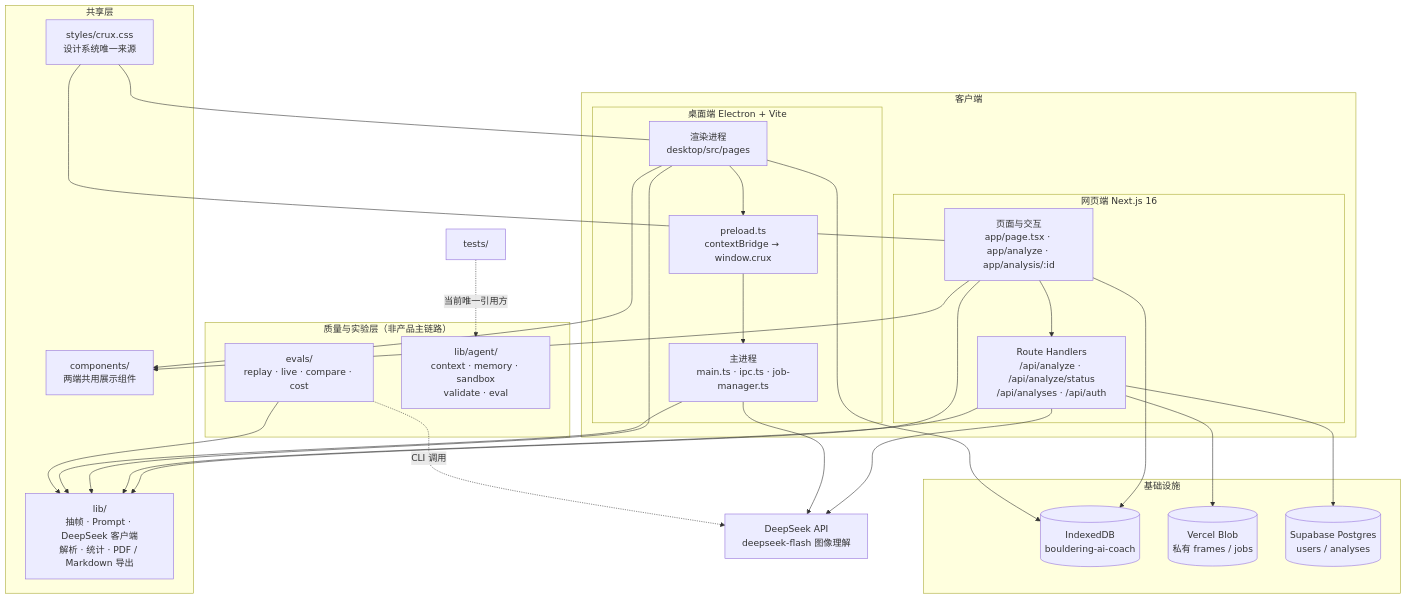
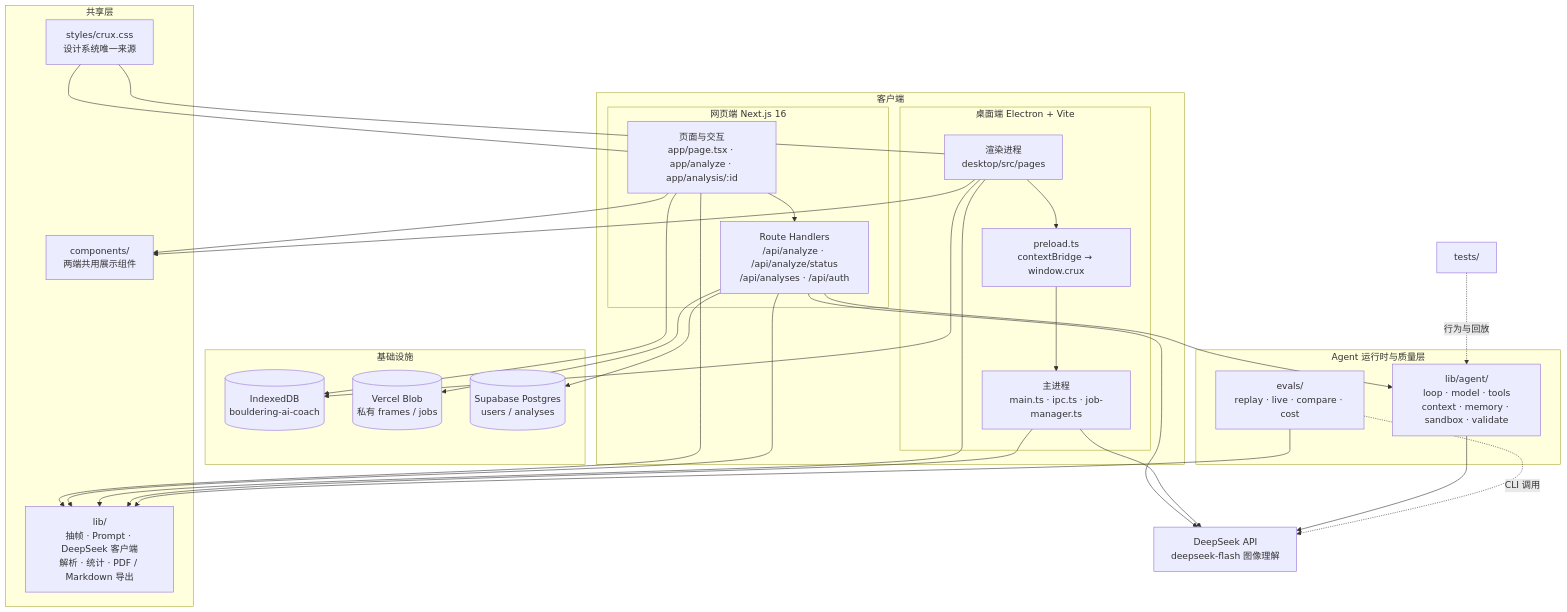
The first of 6 diagrams in PROJECT_ARCHITECTURE.md (limeisha060331-creator/bouldering-ai-coach), drawn with Mermaid before and after one commit. The commit also changed other lines of this file and 46 other files, not shown here.

````diff
--- a/PROJECT_ARCHITECTURE.md
+++ b/PROJECT_ARCHITECTURE.md
@@ -24,58 +24,60 @@
 ```mermaid
 flowchart TB
   subgraph Clients["客户端"]
     subgraph Web["网页端 Next.js 16"]
       WebUI["页面与交互<br/>app/page.tsx · app/analyze · app/analysis/:id"]
       WebAPI["Route Handlers<br/>/api/analyze · /api/analyze/status<br/>/api/analyses · /api/auth"]
     end
 
     subgraph Desktop["桌面端 Electron + Vite"]
       DesktopUI["渲染进程<br/>desktop/src/pages"]
       Preload["preload.ts<br/>contextBridge → window.crux"]
       Main["主进程<br/>main.ts · ipc.ts · job-manager.ts"]
     end
   end
 
   subgraph Shared["共享层"]
     SharedUI["components/<br/>两端共用展示组件"]
     Domain["lib/<br/>抽帧 · Prompt · DeepSeek 客户端<br/>解析 · 统计 · PDF / Markdown 导出"]
     Design["styles/crux.css<br/>设计系统唯一来源"]
   end
 
   subgraph Infra["基础设施"]
     IDB[("IndexedDB<br/>bouldering-ai-coach")]
     Blob[("Vercel Blob<br/>私有 frames / jobs")]
     DB[("Supabase Postgres<br/>users / analyses")]
   end
 
   DS["DeepSeek API<br/>deepseek-flash 图像理解"]
 
   WebUI --> SharedUI
   WebUI --> Domain
   WebUI --> IDB
   WebUI --> WebAPI
   WebAPI --> Domain
   WebAPI --> Blob
   WebAPI --> DS
   WebAPI --> DB
 
   DesktopUI --> SharedUI
   DesktopUI --> Domain
   DesktopUI --> IDB
   DesktopUI --> Preload
   Preload --> Main
   Main --> Domain
   Main --> DS
 
   Design --- WebUI
   Design --- DesktopUI
 
-  subgraph Quality["质量与实验层（非产品主链路）"]
+  subgraph Quality["Agent 运行时与质量层"]
     Evals["evals/<br/>replay · live · compare · cost"]
-    Agent["lib/agent/<br/>context · memory · sandbox<br/>validate · eval"]
+    Agent["lib/agent/<br/>loop · model · tools<br/>context · memory · sandbox · validate"]
   end
 
   Evals --> Domain
-  Tests["tests/"] -.->|"当前唯一引用方"| Agent
+  WebAPI --> Agent
+  Agent --> DS
+  Tests["tests/"] -.->|"行为与回放"| Agent
   Evals -.->|"CLI 调用"| DS
 ```
````
